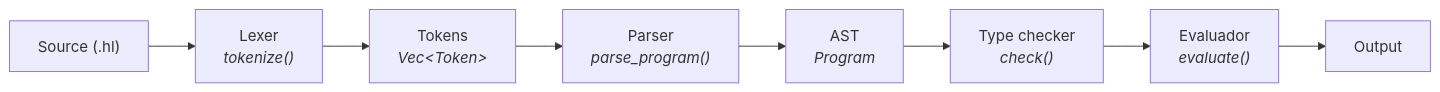
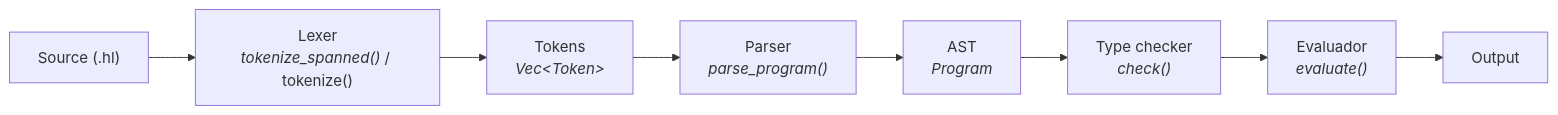
The first of 2 diagrams in README.md (aratan/hacklang), drawn with Mermaid before and after one commit. The commit also changed other lines of this file, not shown here.

````diff
--- a/README.md
+++ b/README.md
@@ -7,10 +7,10 @@
 ```mermaid
 flowchart LR
-    A["Source (.hl)"] --> B["Lexer<br/><i>tokenize()</i>"]
+    A["Source (.hl)"] --> B["Lexer<br/><i>tokenize_spanned()</i> / tokenize()"]
     B --> C["Tokens<br/><i>Vec&lt;Token&gt;</i>"]
     C --> D["Parser<br/><i>parse_program()</i>"]
     D --> E["AST<br/><i>Program</i>"]
     E --> H["Type checker<br/><i>check()</i>"]
     H --> F["Evaluador<br/><i>evaluate()</i>"]
     F --> G["Output"]
 ```
````
